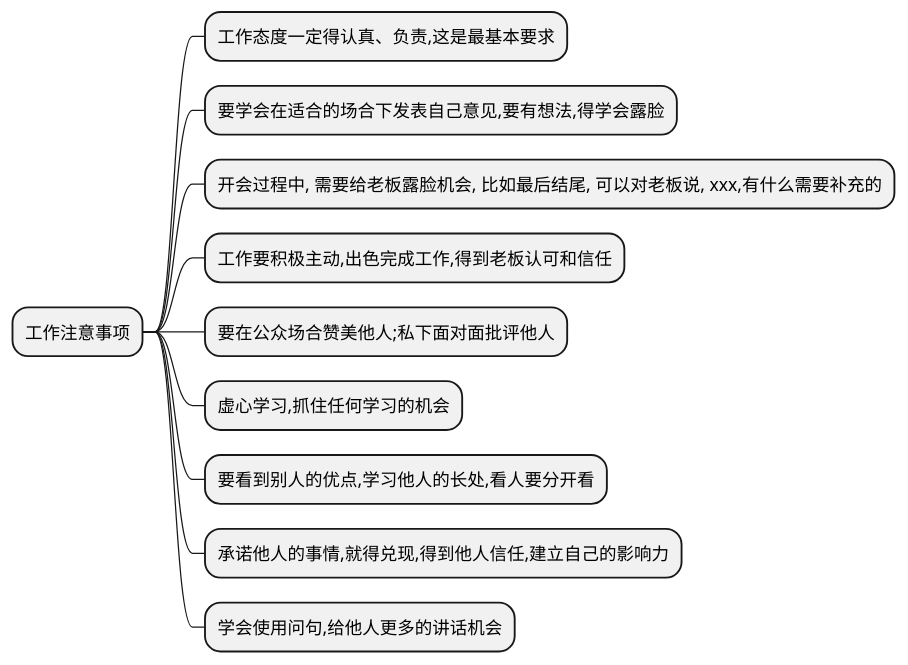
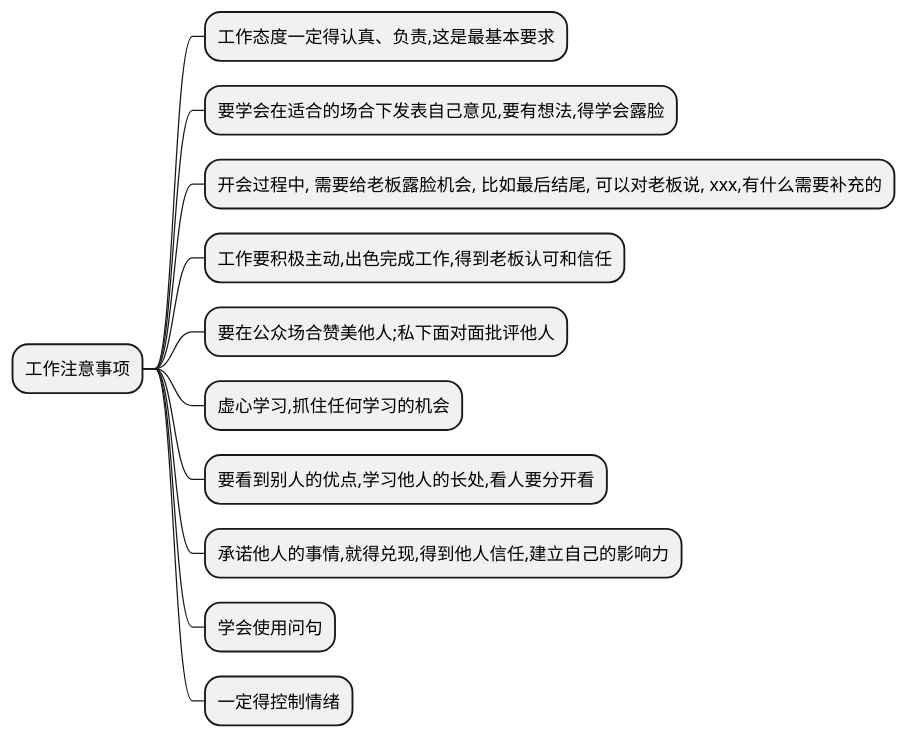
The diagram in source/_posts/工作中注意事项.md (LiosWong/LiosWong.github.io), drawn with PlantUML before and after one commit.

```diff
--- a/source/_posts/工作中注意事项.md
+++ b/source/_posts/工作中注意事项.md
@@ -9,14 +9,15 @@
 {% plantuml %}
 @startmindmap
 * 工作注意事项
 ** 工作态度一定得认真、负责,这是最基本要求
 ** 要学会在适合的场合下发表自己意见,要有想法,得学会露脸
 ** 开会过程中, 需要给老板露脸机会, 比如最后结尾, 可以对老板说, xxx,有什么需要补充的
 ** 工作要积极主动,出色完成工作,得到老板认可和信任
 ** 要在公众场合赞美他人;私下面对面批评他人
 ** 虚心学习,抓住任何学习的机会
 ** 要看到别人的优点,学习他人的长处,看人要分开看
 ** 承诺他人的事情,就得兑现,得到他人信任,建立自己的影响力
-** 学会使用问句,给他人更多的讲话机会
+** 学会使用问句
+** 一定得控制情绪
 @endmindmap
 {% endplantuml %}
```
